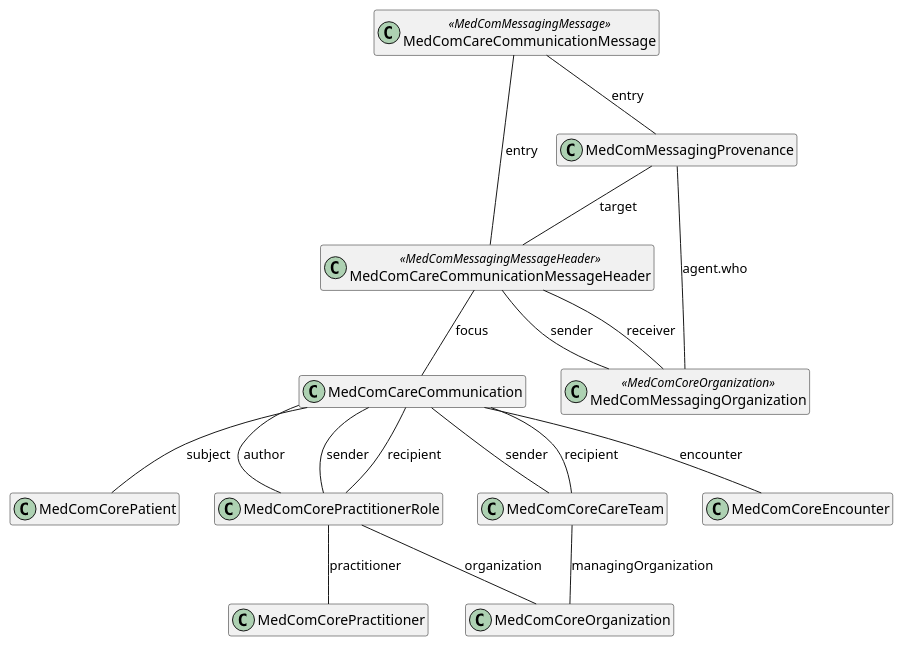
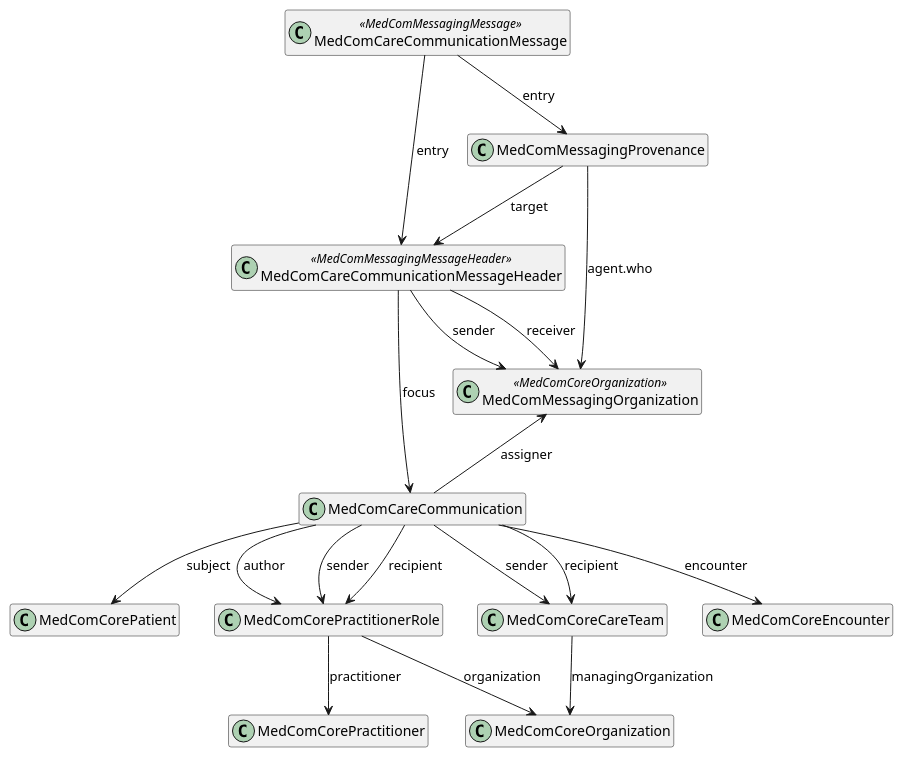
Before and after one commit to medcomdk/dk-medcom-carecommunication: the diagram in puml/CareCommunication.puml, drawn with PlantUML. The commit also changed 22 other files, not shown here.

```diff
--- a/puml/CareCommunication.puml
+++ b/puml/CareCommunication.puml
@@ -1,38 +1,39 @@
 @startuml CareCommunication
 
 hide empty members
 
 top to bottom direction
 
 class "MedComCareCommunicationMessage" as message <<MedComMessagingMessage>>
 class "MedComCareCommunicationMessageHeader" as messageheader <<MedComMessagingMessageHeader>>
 class "MedComMessagingProvenance" as provenance
 class "MedComMessagingOrganization" as messagingOrganization <<MedComCoreOrganization>>
 class "MedComCareCommunication" as communication
 class "MedComCorePatient" as patient
 class "MedComCorePractitionerRole" as pracRole
 class "MedComCoreCareTeam" as careteam
 class "MedComCorePractitioner" as author
 class "MedComCoreEncounter" as encounter
 class "MedComCoreOrganization" as organization
 
-message -- messageheader : "entry"
-messageheader -- communication : "focus"
-communication -- patient : "subject"
-communication -- pracRole : "author"
-message -- provenance : "entry"
-provenance -- messageheader : "target" 
-provenance -- messagingOrganization : "agent.who"
-communication -- careteam : "sender"
-communication -- careteam : "recipient"
-communication -- pracRole : "sender"
-communication -- pracRole : "recipient"
-pracRole -- author : "practitioner"
-pracRole -- organization : "organization"
-careteam -- organization : "managingOrganization"
-communication -- encounter : "encounter"
+message --> messageheader : "entry"
+messageheader --> communication : "focus"
+communication --> patient : "subject"
+communication --> pracRole : "author"
+message --> provenance : "entry"
+provenance --> messageheader : "target" 
+provenance --> messagingOrganization : "agent.who"
+communication --> careteam : "sender"
+communication --> careteam : "recipient"
+communication --> pracRole : "sender"
+communication --> pracRole : "recipient"
+messagingOrganization <-- communication : "assigner"
+pracRole --> author : "practitioner"
+pracRole --> organization : "organization"
+careteam --> organization : "managingOrganization"
+communication --> encounter : "encounter"
 
 
-messageheader -- messagingOrganization : "receiver"
-messageheader -- messagingOrganization : "sender"
+messageheader --> messagingOrganization : "receiver"
+messageheader --> messagingOrganization : "sender"
 @enduml
```
